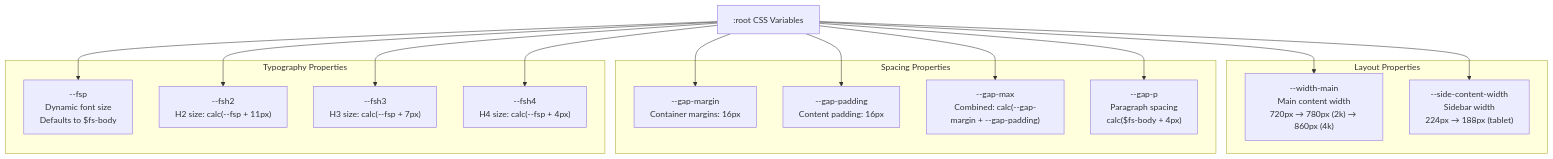
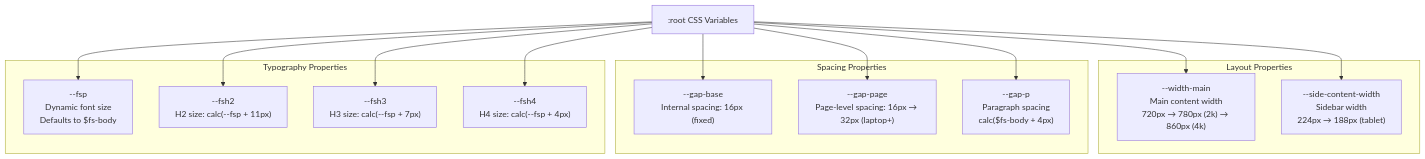
One commit to penndu/hexo changed the fourth of 10 diagrams in themes/stellar/docs/knowledge/01-样式系统/styling-overview.md. Above: the diagram before and after it, drawn with Mermaid. The commit also changed other lines of this file and 48 other files, not shown here.

````diff
--- a/themes/stellar/docs/knowledge/01-样式系统/styling-overview.md
+++ b/themes/stellar/docs/knowledge/01-样式系统/styling-overview.md
@@ -252,34 +252,32 @@
 ```mermaid
 graph TB
     ROOT[":root CSS Variables"]
     
     subgraph "Layout Properties"
         MAIN["--width-main<br/>Main content width<br/>720px → 780px (2k) → 860px (4k)"]
         SIDE["--side-content-width<br/>Sidebar width<br/>224px → 188px (tablet)"]
     end
     
     subgraph "Spacing Properties"
-        MARGIN["--gap-margin<br/>Container margins: 16px"]
-        PADDING["--gap-padding<br/>Content padding: 16px"]
-        MAX["--gap-max<br/>Combined: calc(--gap-margin + --gap-padding)"]
+        BASE["--gap-base<br/>Internal spacing: 16px (fixed)"]
+        PAGE["--gap-page<br/>Page-level spacing: 16px → 32px (laptop+)"]
         PGAP["--gap-p<br/>Paragraph spacing<br/>calc($fs-body + 4px)"]
     end
     
     subgraph "Typography Properties"
         FSP["--fsp<br/>Dynamic font size<br/>Defaults to $fs-body"]
         FSH2["--fsh2<br/>H2 size: calc(--fsp + 11px)"]
         FSH3["--fsh3<br/>H3 size: calc(--fsp + 7px)"]
         FSH4["--fsh4<br/>H4 size: calc(--fsp + 4px)"]
     end
     
     ROOT --> MAIN
     ROOT --> SIDE
-    ROOT --> MARGIN
-    ROOT --> PADDING
-    ROOT --> MAX
+    ROOT --> BASE
+    ROOT --> PAGE
     ROOT --> PGAP
     ROOT --> FSP
     ROOT --> FSH2
     ROOT --> FSH3
     ROOT --> FSH4
 ```
````
